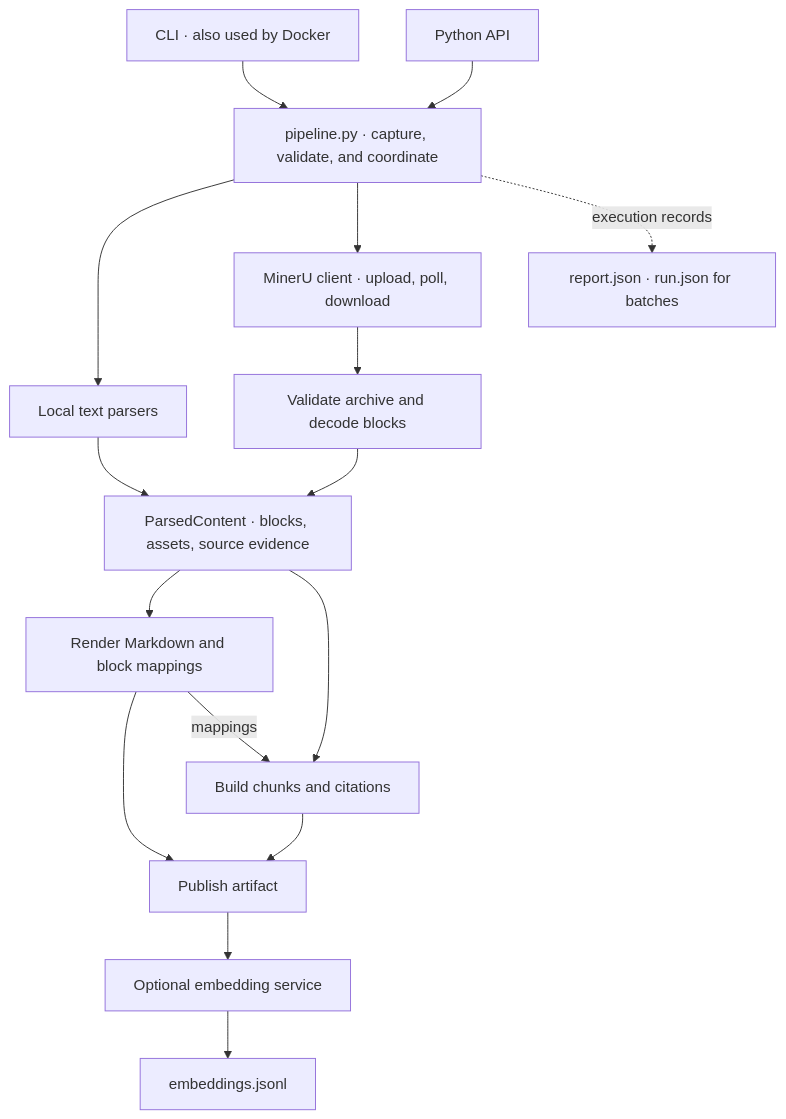
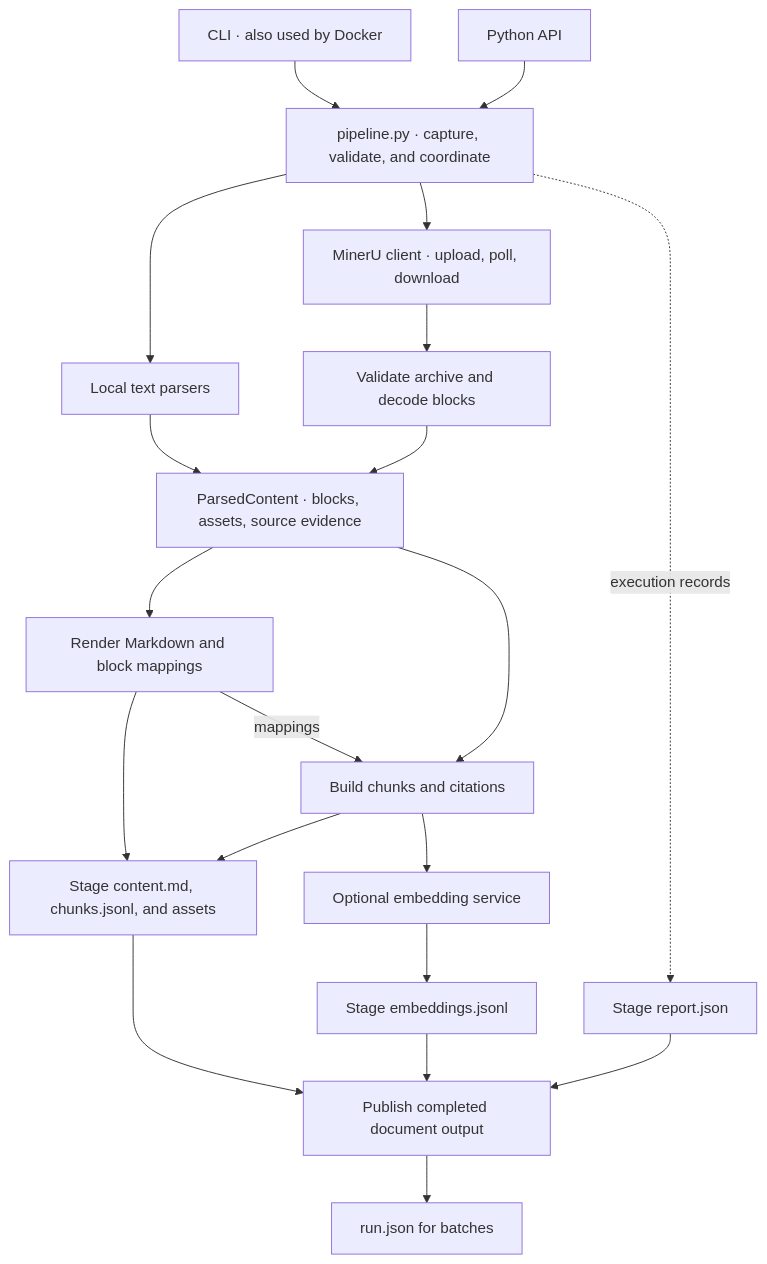
One commit to ShaoxinLi/Multimodal-Doc-Pipeline changed the diagram in docs/architecture.md. Above: the diagram before and after it, drawn with Mermaid. The commit also changed other lines of this file and 26 other files, not shown here.

````diff
--- a/docs/architecture.md
+++ b/docs/architecture.md
@@ -11,18 +11,22 @@
 ```mermaid
 flowchart TD
 	CLI["CLI · also used by Docker"] --> PIPE["pipeline.py · capture, validate, and coordinate"]
 	API["Python API"] --> PIPE
 	PIPE --> LOCAL["Local text parsers"]
 	PIPE --> REMOTE["MinerU client · upload, poll, download"]
 	REMOTE --> DECODE["Validate archive and decode blocks"]
 	LOCAL --> CONTENT["ParsedContent · blocks, assets, source evidence"]
 	DECODE --> CONTENT
 	CONTENT --> RENDER["Render Markdown and block mappings"]
-	RENDER --> BUNDLE["Publish artifact"]
+	RENDER --> FILES["Stage content.md, chunks.jsonl, and assets"]
 	CONTENT --> CHUNK["Build chunks and citations"]
 	RENDER -->|mappings| CHUNK
-	CHUNK --> BUNDLE
-	BUNDLE --> EMBED["Optional embedding service"]
-	EMBED --> VECTORS["embeddings.jsonl"]
-	PIPE -. execution records .-> REPORT["report.json · run.json for batches"]
+	CHUNK --> FILES
+	CHUNK --> EMBED["Optional embedding service"]
+	EMBED --> VECTORS["Stage embeddings.jsonl"]
+	FILES --> PUBLISH["Publish completed document output"]
+	VECTORS --> PUBLISH
+	PIPE -. execution records .-> REPORT["Stage report.json"]
+	REPORT --> PUBLISH
+	PUBLISH --> BATCH["run.json for batches"]
 ```
````
